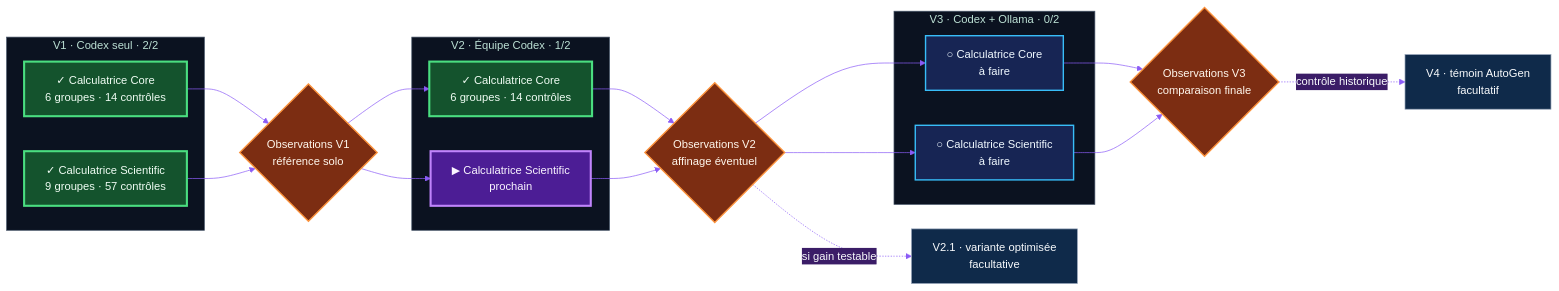
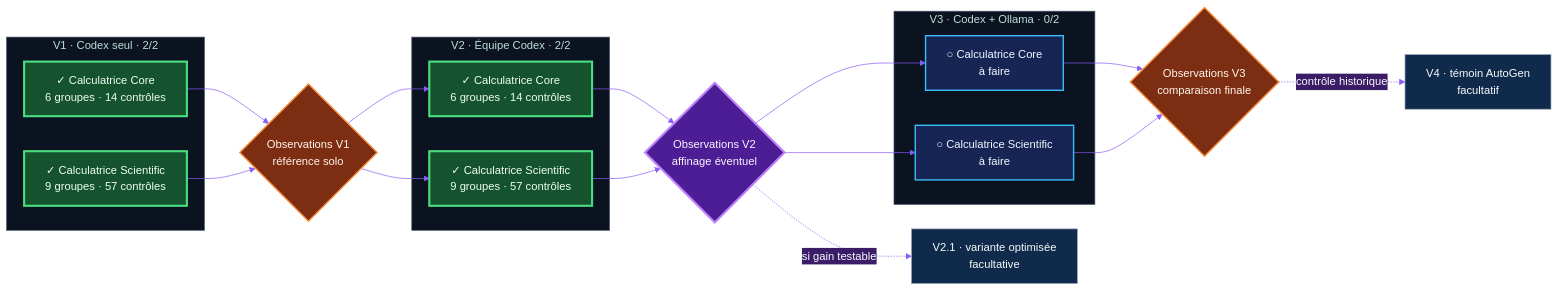
The diagram in README.md (ERICRAC/AgentBench-2026), drawn with Mermaid before and after one commit. The commit also changed other lines of this file and 18 other files, not shown here.

````diff
--- a/README.md
+++ b/README.md
@@ -39,50 +39,50 @@
 ```mermaid
 %%{init: {"theme": "base", "themeVariables": {
   "primaryColor": "#0f2a4a",
   "primaryTextColor": "#f8fafc",
   "primaryBorderColor": "#22d3ee",
   "secondaryColor": "#3b1d67",
   "tertiaryColor": "#431f2b",
   "fontFamily": "system-ui",
   "lineColor": "#8b5cf6",
   "clusterBkg": "#0b1220",
   "clusterBorder": "#475569"
 }}}%%
 flowchart LR
     subgraph V1["V1 · Codex seul · 2/2"]
       V1C["✓ Calculatrice Core<br/>6 groupes · 14 contrôles"]
       V1S["✓ Calculatrice Scientific<br/>9 groupes · 57 contrôles"]
     end
     G1{"Observations V1<br/>référence solo"}
-    subgraph V2["V2 · Équipe Codex · 1/2"]
+    subgraph V2["V2 · Équipe Codex · 2/2"]
       V2C["✓ Calculatrice Core<br/>6 groupes · 14 contrôles"]
-      V2S["▶ Calculatrice Scientific<br/>prochain"]
+      V2S["✓ Calculatrice Scientific<br/>9 groupes · 57 contrôles"]
     end
     G2{"Observations V2<br/>affinage éventuel"}
     V21["V2.1 · variante optimisée<br/>facultative"]
     subgraph V3["V3 · Codex + Ollama · 0/2"]
       V3C["○ Calculatrice Core<br/>à faire"]
       V3S["○ Calculatrice Scientific<br/>à faire"]
     end
     G3{"Observations V3<br/>comparaison finale"}
     V4["V4 · témoin AutoGen<br/>facultatif"]
 
     V1C & V1S --> G1
     G1 --> V2C & V2S
     V2C & V2S --> G2
     G2 -. "si gain testable" .-> V21
     G2 --> V3C & V3S
     V3C & V3S --> G3
     G3 -. "contrôle historique" .-> V4
 
     classDef done fill:#14532d,stroke:#4ade80,color:#f0fdf4,stroke-width:3px;
     classDef next fill:#4c1d95,stroke:#c084fc,color:#faf5ff,stroke-width:3px;
     classDef todo fill:#172554,stroke:#38bdf8,color:#f0f9ff,stroke-width:2px;
     classDef gate fill:#7c2d12,stroke:#fb923c,color:#fff7ed,stroke-width:2px;
     classDef optional fill:#0f2a4a,stroke:#94a3b8,color:#f8fafc;
-    class V1C,V1S,V2C done;
-    class V2S next;
+    class V1C,V1S,V2C,V2S done;
     class V3C,V3S todo;
-    class G1,G2,G3 gate;
+    class G1,G3 gate;
+    class G2 next;
     class V21,V4 optional;
 ```
````
